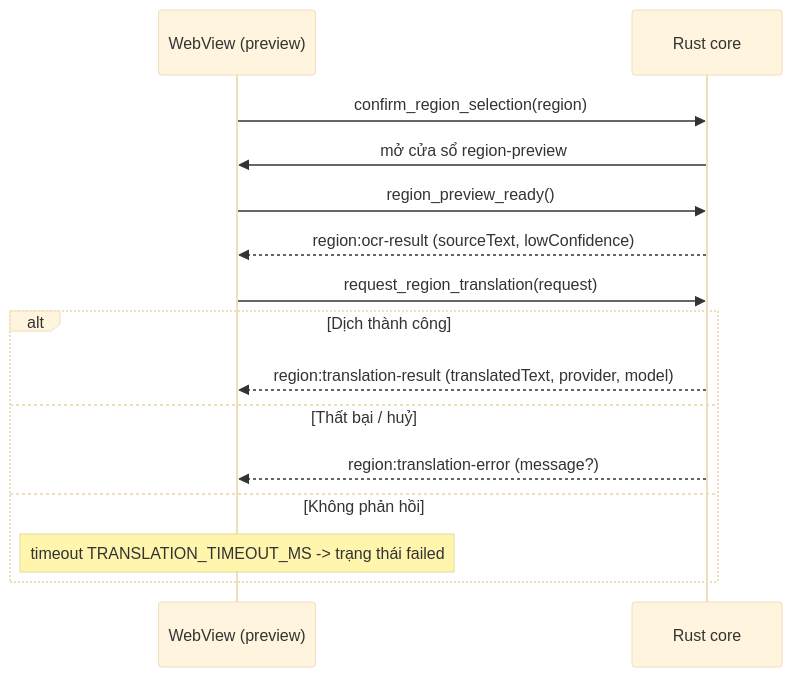
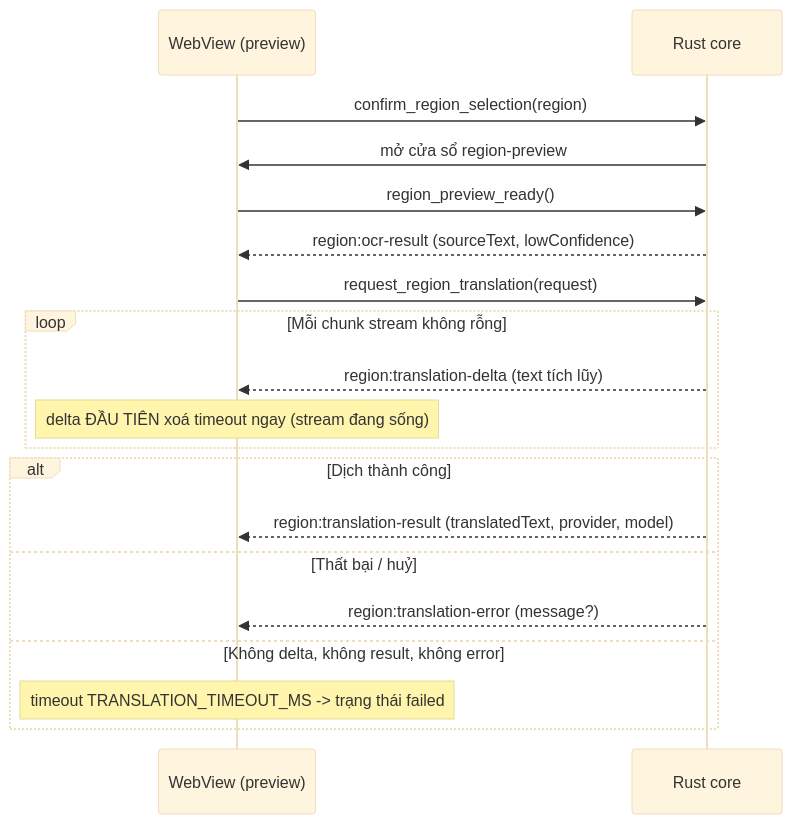
One commit to nguyenhx2/ost changed the diagram in docs/architecture/api-contracts/ipc.md. Above: the diagram before and after it, drawn with Mermaid (base theme). The commit also changed other lines of this file and 16 other files, not shown here.

First line of the commit message:
fix(ui): stream region translation, fix false timeout and clipped popups

````diff
--- a/docs/architecture/api-contracts/ipc.md
+++ b/docs/architecture/api-contracts/ipc.md
@@ -456,17 +471,21 @@
 ```mermaid
 sequenceDiagram
     participant UI as WebView (preview)
     participant Core as Rust core
     UI->>Core: confirm_region_selection(region)
     Core->>UI: mở cửa sổ region-preview
     UI->>Core: region_preview_ready()
     Core-->>UI: region:ocr-result (sourceText, lowConfidence)
     UI->>Core: request_region_translation(request)
+    loop Mỗi chunk stream không rỗng
+        Core-->>UI: region:translation-delta (text tích lũy)
+        Note over UI: delta ĐẦU TIÊN xoá timeout ngay (stream đang sống)
+    end
     alt Dịch thành công
         Core-->>UI: region:translation-result (translatedText, provider, model)
     else Thất bại / huỷ
         Core-->>UI: region:translation-error (message?)
-    else Không phản hồi
+    else Không delta, không result, không error
         Note over UI: timeout TRANSLATION_TIMEOUT_MS -> trạng thái failed
     end
 ```
````
